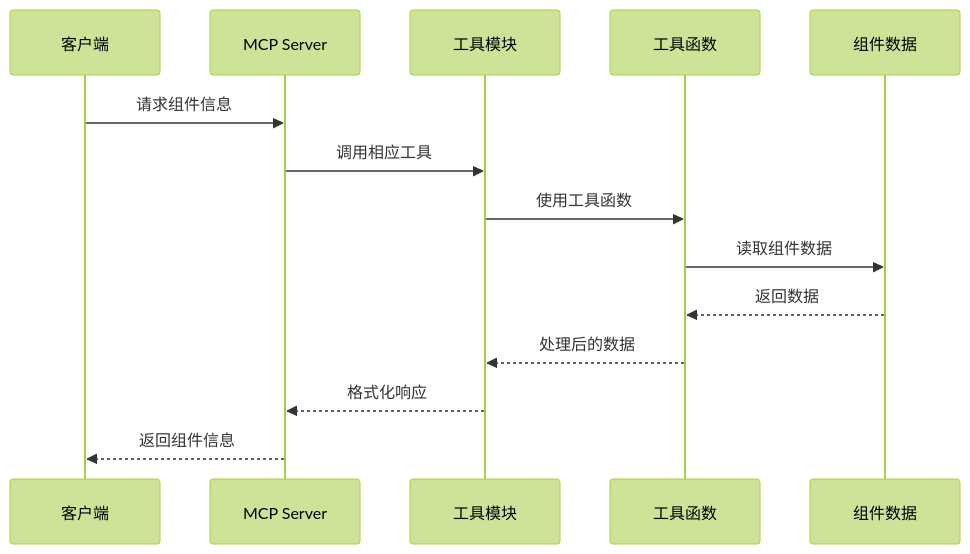
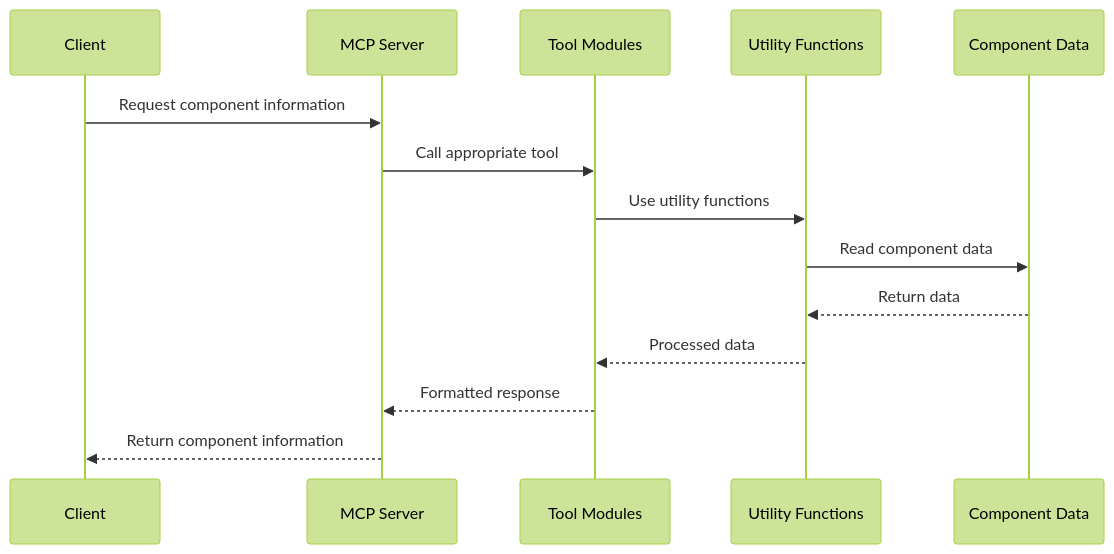
Before and after one commit to zhixiaoqiang/antd-components-mcp: the second of 4 diagrams in README.md, drawn with Mermaid (forest theme). The commit also changed other lines of this file and 2 other files, not shown here.

````diff
--- a/README.md
+++ b/README.md
@@ -208,17 +213,17 @@
 ```mermaid
 sequenceDiagram
-    participant Client as 客户端
+    participant Client as Client
     participant Server as MCP Server
-    participant Tools as 工具模块
-    participant Utils as 工具函数
-    participant Data as 组件数据
+    participant Tools as Tool Modules
+    participant Utils as Utility Functions
+    participant Data as Component Data
     
-    Client->>Server: 请求组件信息
-    Server->>Tools: 调用相应工具
-    Tools->>Utils: 使用工具函数
-    Utils->>Data: 读取组件数据
-    Data-->>Utils: 返回数据
-    Utils-->>Tools: 处理后的数据
-    Tools-->>Server: 格式化响应
-    Server-->>Client: 返回组件信息
+    Client->>Server: Request component information
+    Server->>Tools: Call appropriate tool
+    Tools->>Utils: Use utility functions
+    Utils->>Data: Read component data
+    Data-->>Utils: Return data
+    Utils-->>Tools: Processed data
+    Tools-->>Server: Formatted response
+    Server-->>Client: Return component information
 ```
````
